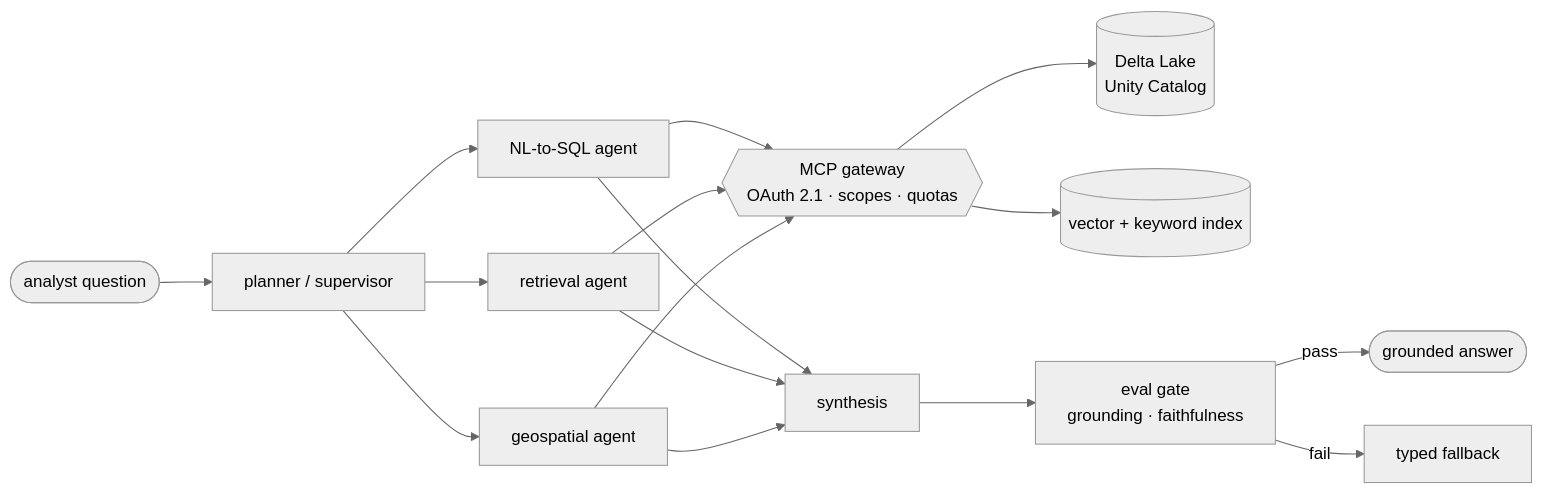
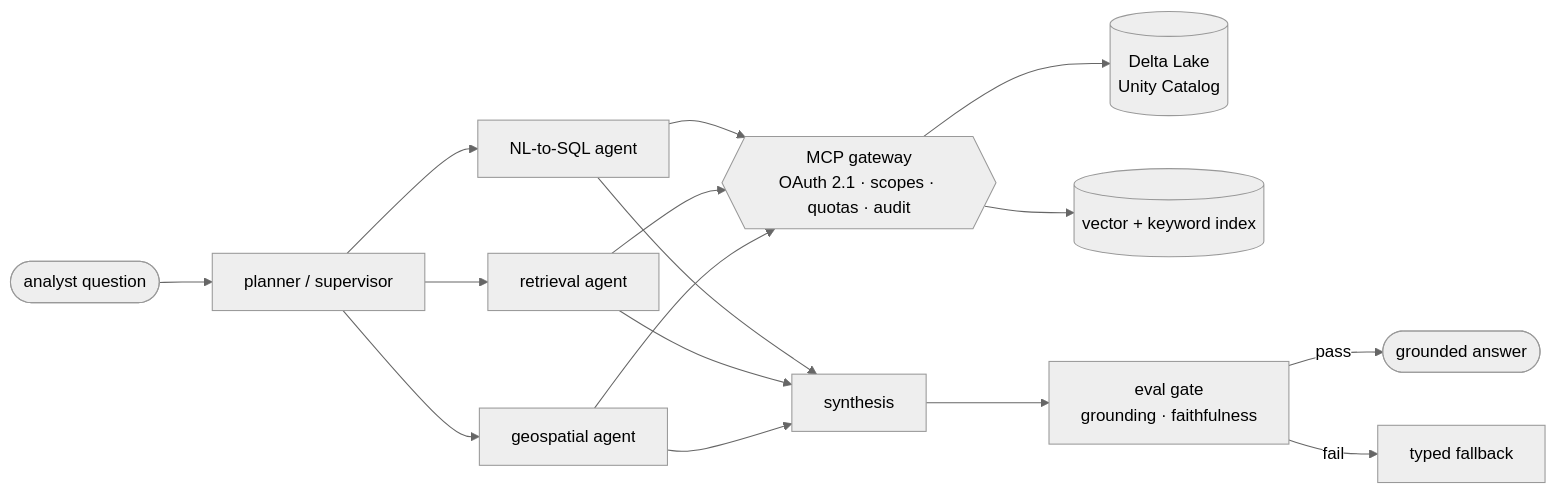
One commit to aveerapareddy/aveerapareddy changed the diagram in README.md. Above: the diagram before and after it, drawn with Mermaid (neutral theme). The commit also changed other lines of this file, not shown here.

````diff
--- a/README.md
+++ b/README.md
@@ -28,14 +36,14 @@
 ```mermaid
 flowchart LR
     U([analyst question]) --> P[planner / supervisor]
     P --> S[NL-to-SQL agent]
     P --> R[retrieval agent]
     P --> G[geospatial agent]
-    S & R & G --> M{{MCP gateway<br/>OAuth 2.1 · scopes · quotas}}
+    S & R & G --> M{{MCP gateway<br/>OAuth 2.1 · scopes · quotas · audit}}
     M --> D[(Delta Lake<br/>Unity Catalog)]
     M --> V[(vector + keyword index)]
     S & R & G --> Y[synthesis]
     Y --> E[eval gate<br/>grounding · faithfulness]
     E -->|pass| A([grounded answer])
     E -->|fail| F[typed fallback]
 ```
````
